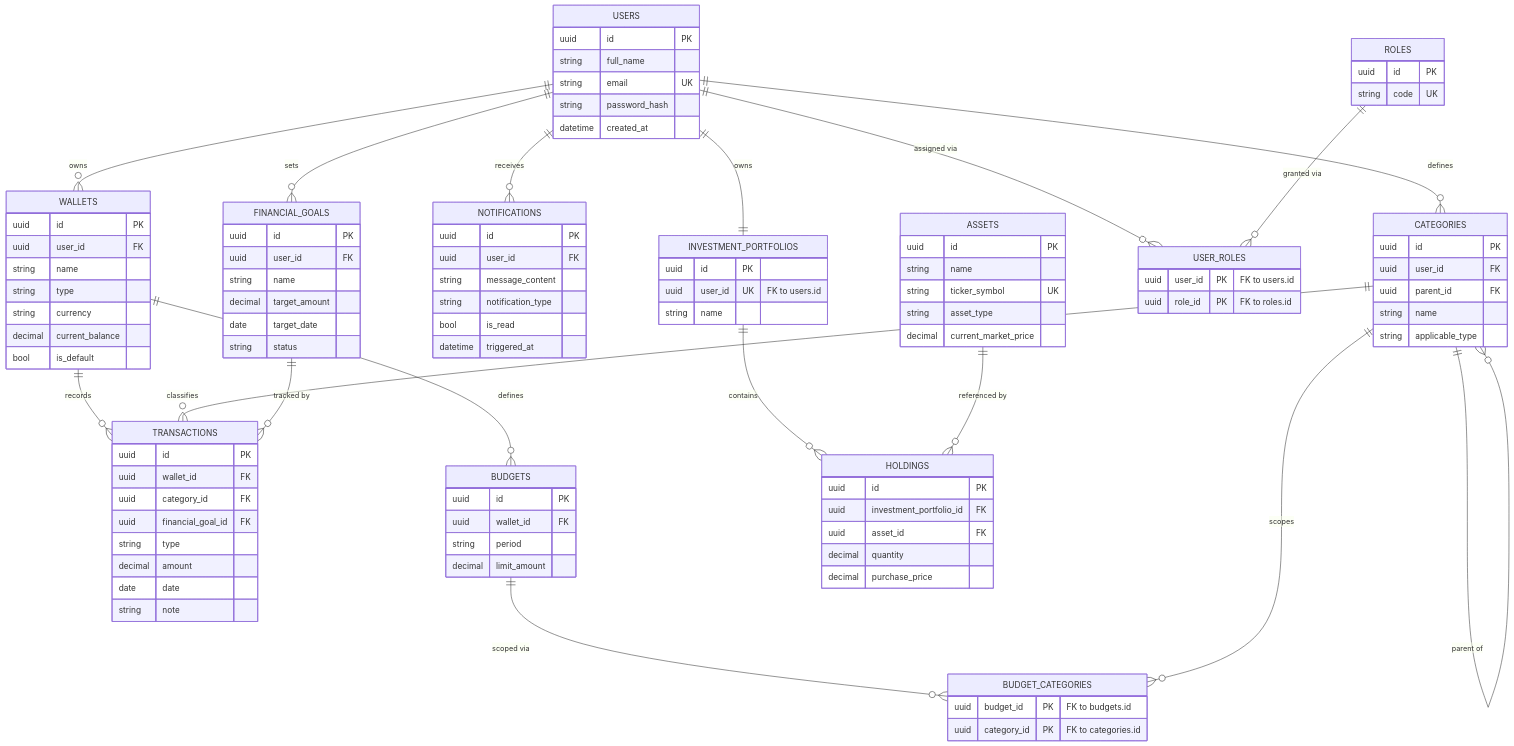
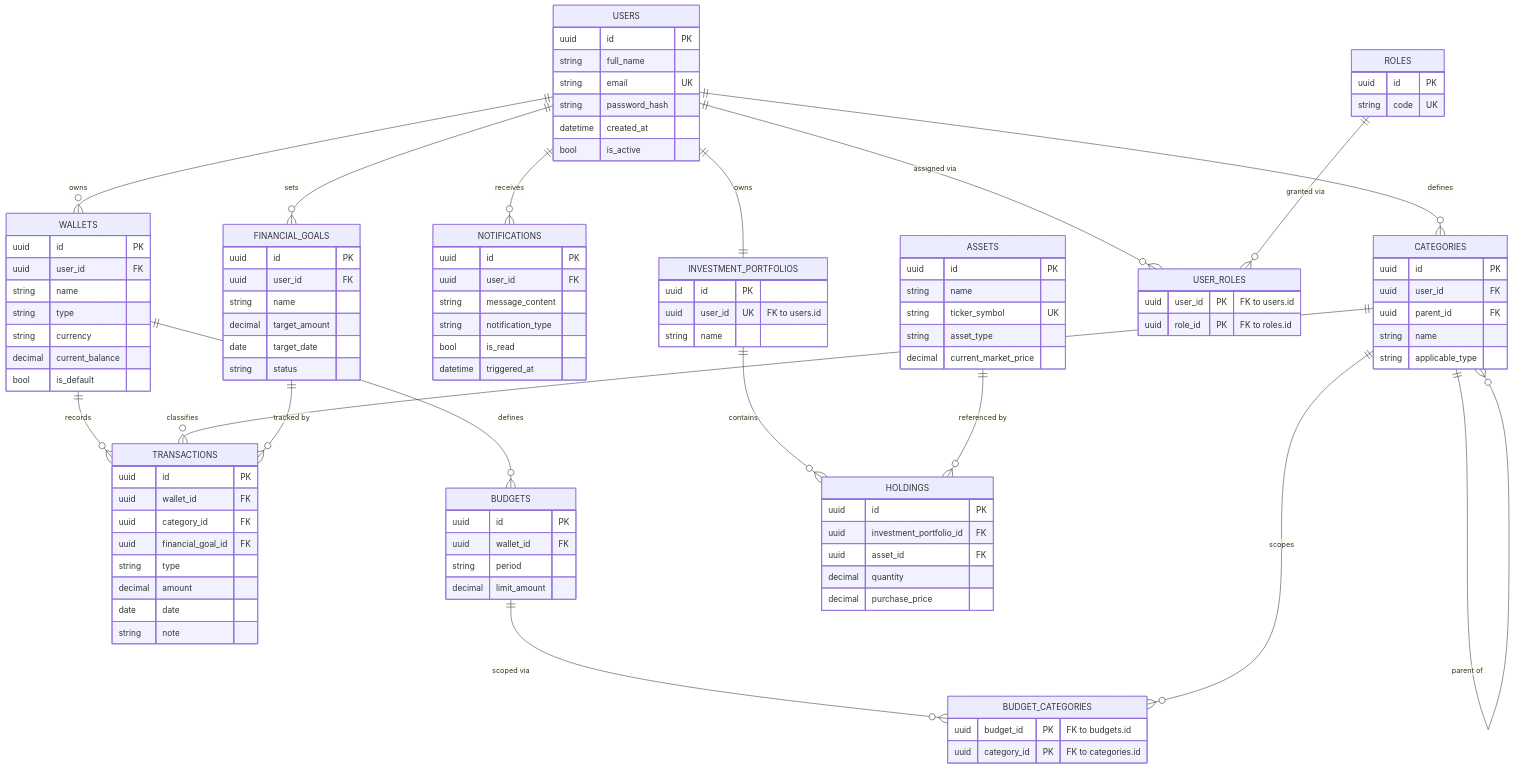
Before and after one commit to homertruong66/pfm: the diagram in SDS.md, drawn with Mermaid. The commit also changed other lines of this file and 3 other files, not shown here.

Commit message:
CRUD/Business-Flow completeness pass

```diff
--- a/SDS.md
+++ b/SDS.md
@@ -669,6 +708,7 @@
         string email UK
         string password_hash
         datetime created_at
+        bool is_active
     }
     ROLES {
         uuid id PK
```
